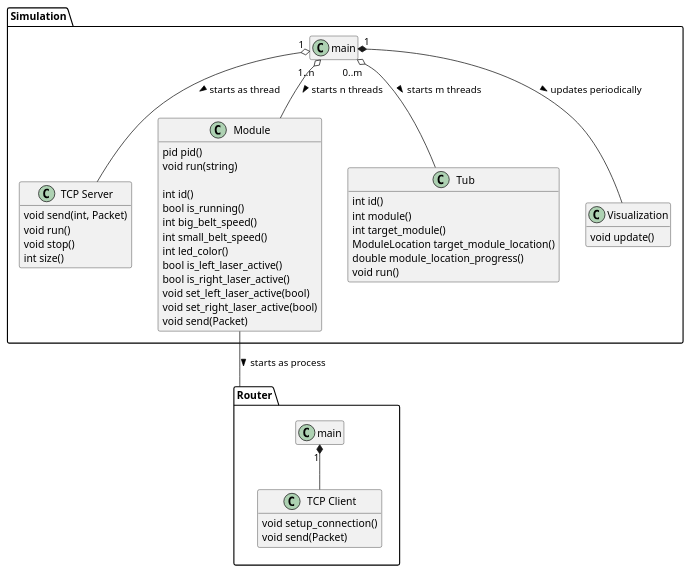
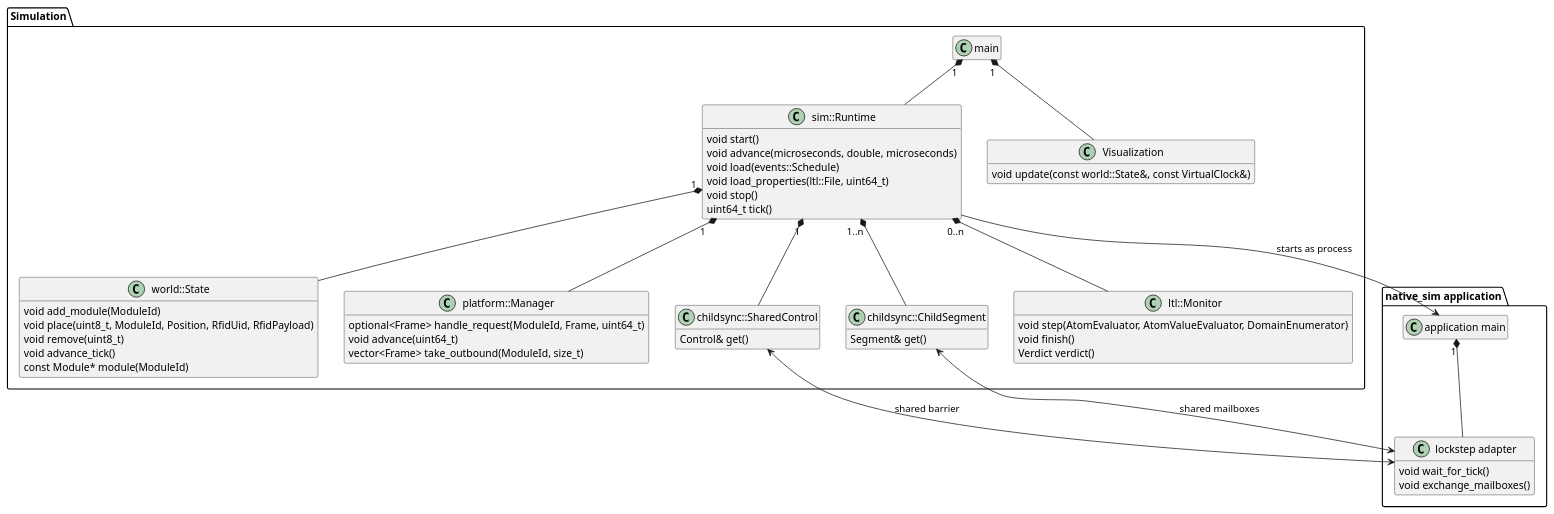
Before and after one commit to spaceface777/q_simulator: the diagram in docs/diagrams/class.puml, drawn with PlantUML. The commit also changed 5 other files, not shown here.

```diff
--- a/docs/diagrams/class.puml
+++ b/docs/diagrams/class.puml
@@ -1,61 +1,70 @@
 @startuml Class diagram
 package Simulation {
 
 hide empty members
 class mainS as "main" {}
 
-class "TCP Server" {
- void send(int, Packet)
- void run()
+class "sim::Runtime" {
+ void start()
+ void advance(microseconds, double, microseconds)
+ void load(events::Schedule)
+ void load_properties(ltl::File, uint64_t)
  void stop()
- int size()
+ uint64_t tick()
 }
 
-class Module {
- pid pid()
- void run(string)
+class "world::State" {
+ void add_module(ModuleId)
+ void place(uint8_t, ModuleId, Position, RfidUid, RfidPayload)
+ void remove(uint8_t)
+ void advance_tick()
+ const Module* module(ModuleId)
+}
 
- int id()
- bool is_running()
- int big_belt_speed()
- int small_belt_speed()
- int led_color()
- bool is_left_laser_active()
- bool is_right_laser_active()
- void set_left_laser_active(bool)
- void set_right_laser_active(bool)
- void send(Packet)
-} 
+class "platform::Manager" {
+ optional<Frame> handle_request(ModuleId, Frame, uint64_t)
+ void advance(uint64_t)
+ vector<Frame> take_outbound(ModuleId, size_t)
+}
 
-class Tub {
- int id()
- int module()
- int target_module()
- ModuleLocation target_module_location()
- double module_location_progress()
- void run()
-} 
+class "childsync::SharedControl" {
+ Control& get()
+}
+
+class "childsync::ChildSegment" {
+ Segment& get()
+}
+
+class "ltl::Monitor" {
+ void step(AtomEvaluator, AtomValueEvaluator, DomainEnumerator)
+ void finish()
+ Verdict verdict()
+}
 
 class Visualization {
- void update()
+ void update(const world::State&, const VirtualClock&)
 }
 
 }
 
-package Router {
+package "native_sim application" {
  hide empty members
- class mainR as "main" {  }
- class "TCP Client" {
-  void setup_connection()
-  void send(Packet)
+ class app as "application main" {}
+ class adapter as "lockstep adapter" {
+  void wait_for_tick()
+  void exchange_mailboxes()
  }
 }
 
-mainS "1" o-- "TCP Server" : > starts as thread
-mainS "1..n" o-- Module : > starts n threads
-mainS "0..m" o-- Tub : > starts m threads
-mainS "1" *-- Visualization : > updates periodically
-
-Module -- Router : > starts as process
-mainR "1" *-- "TCP Client"
+mainS "1" *-- "sim::Runtime"
+mainS "1" *-- Visualization
+"sim::Runtime" "1" *-- "world::State"
+"sim::Runtime" "1" *-- "platform::Manager"
+"sim::Runtime" "1" *-- "childsync::SharedControl"
+"sim::Runtime" "1..n" *-- "childsync::ChildSegment"
+"sim::Runtime" "0..n" *-- "ltl::Monitor"
+"sim::Runtime" --> app : starts as process
+"childsync::SharedControl" <--> adapter : shared barrier
+"childsync::ChildSegment" <--> adapter : shared mailboxes
+app "1" *-- adapter
 @enduml
```
